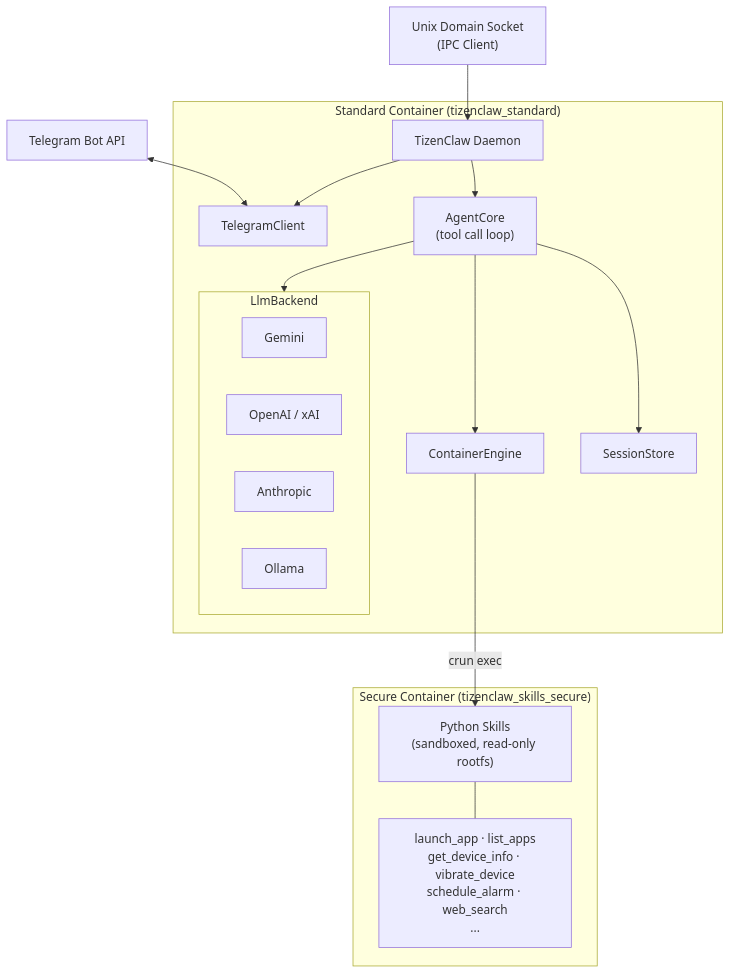
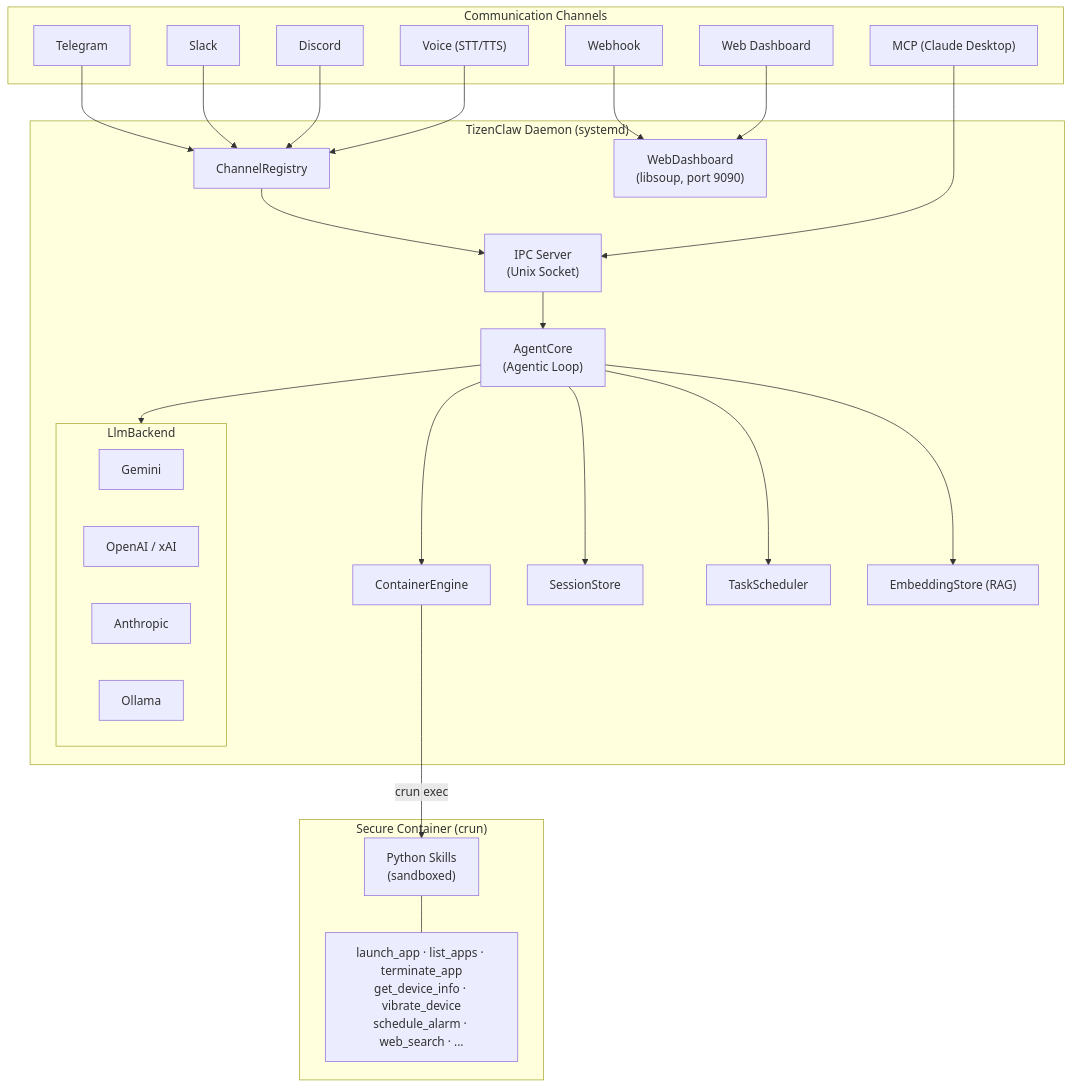
Before and after one commit to hjhun/tizenclaw: the diagram in README.md, drawn with Mermaid. The commit also changed other lines of this file and 6 other files, not shown here.

First line of the commit message:
docs: comprehensive documentation overhaul for daemon architecture

````diff
--- a/README.md
+++ b/README.md
@@ -38,37 +37,49 @@
 ```mermaid
 graph TB
-    Telegram["Telegram Bot API"]
+    subgraph Channels["Communication Channels"]
+        Telegram["Telegram"]
+        Slack["Slack"]
+        Discord["Discord"]
+        MCP["MCP (Claude Desktop)"]
+        Webhook["Webhook"]
+        Voice["Voice (STT/TTS)"]
+        WebUI["Web Dashboard"]
+    end
 
-    subgraph Standard["Standard Container (tizenclaw_standard)"]
-        Daemon["TizenClaw Daemon"]
-        TelegramClient["TelegramClient"]
-        AgentCore["AgentCore\n(tool call loop)"]
+    subgraph Daemon["TizenClaw Daemon (systemd)"]
+        ChannelReg["ChannelRegistry"]
+        IPC["IPC Server<br/>(Unix Socket)"]
+        AgentCore["AgentCore<br/>(Agentic Loop)"]
         ContainerEngine["ContainerEngine"]
         SessionStore["SessionStore"]
+        TaskScheduler["TaskScheduler"]
+        EmbeddingStore["EmbeddingStore (RAG)"]
+        WebDashboard["WebDashboard<br/>(libsoup, port 9090)"]
 
         subgraph LLM["LlmBackend"]
             Gemini["Gemini"]
             OpenAI["OpenAI / xAI"]
             Anthropic["Anthropic"]
             Ollama["Ollama"]
         end
 
-        Daemon --> TelegramClient
-        Daemon --> AgentCore
+        ChannelReg --> IPC
+        IPC --> AgentCore
         AgentCore --> LLM
         AgentCore --> ContainerEngine
         AgentCore --> SessionStore
+        AgentCore --> TaskScheduler
+        AgentCore --> EmbeddingStore
     end
 
-    subgraph Secure["Secure Container (tizenclaw_skills_secure)"]
-        Skills["Python Skills\n(sandboxed, read-only rootfs)"]
-        SkillList["launch_app · list_apps\nget_device_info · vibrate_device\nschedule_alarm · web_search\n..."]
+    subgraph Secure["Secure Container (crun)"]
+        Skills["Python Skills<br/>(sandboxed)"]
+        SkillList["launch_app · list_apps · terminate_app<br/>get_device_info · vibrate_device<br/>schedule_alarm · web_search · ..."]
         Skills --- SkillList
     end
 
-    Telegram <--> TelegramClient
+    Telegram & Slack & Discord & Voice --> ChannelReg
+    MCP --> IPC
+    Webhook & WebUI --> WebDashboard
     ContainerEngine -- "crun exec" --> Skills
-
-    IPC["Unix Domain Socket\n(IPC Client)"]
-    IPC --> Daemon
 ```
````
